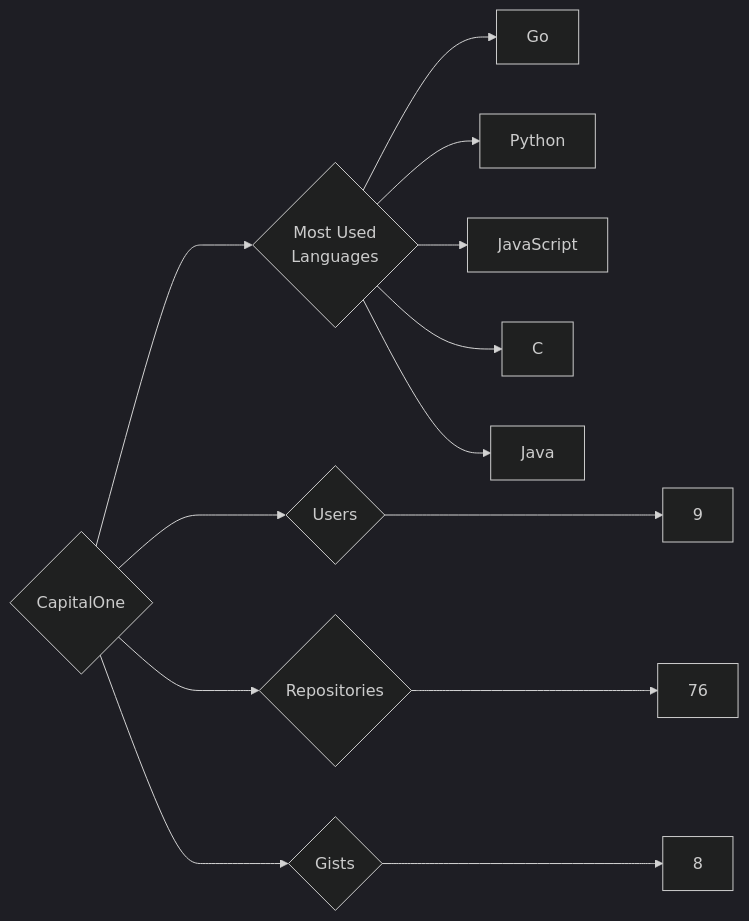
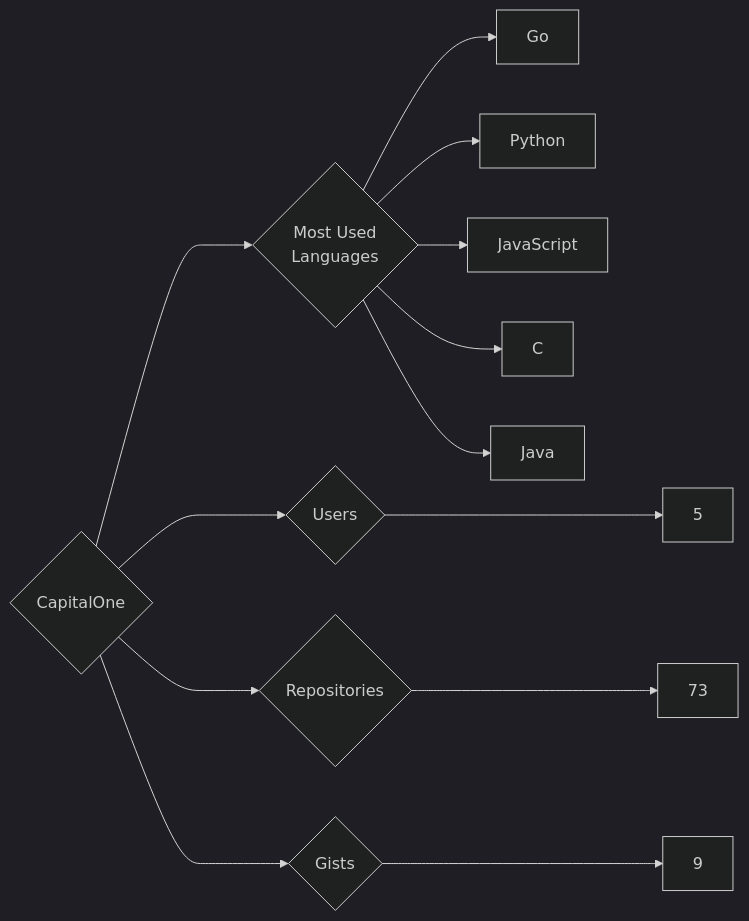
One commit to trickest/insiders changed the diagram in targets/CapitalOne/README.md. Above: the diagram before and after it, drawn with Mermaid (dark theme). The commit also changed 773 other files, not shown here.

````diff
--- a/targets/CapitalOne/README.md
+++ b/targets/CapitalOne/README.md
@@ -3,13 +3,13 @@
 ```mermaid
 graph LR
 COMPANY_NAME{CapitalOne}
-COMPANY_NAME ---> U{Users} ---> UN[9]
-COMPANY_NAME ---> R{Repositories} ---> RN[76]
-COMPANY_NAME ---> G{Gists} ---> GN[8]
+COMPANY_NAME ---> U{Users} ---> UN[5]
+COMPANY_NAME ---> R{Repositories} ---> RN[73]
+COMPANY_NAME ---> G{Gists} ---> GN[9]
 COMPANY_NAME ---> ML{Most Used<br>Languages}
 ML --> Go[Go]
 ML --> Python[Python]
 ML --> JavaScript[JavaScript]
 ML --> C[C]
 ML --> Java[Java]
 ```
````
